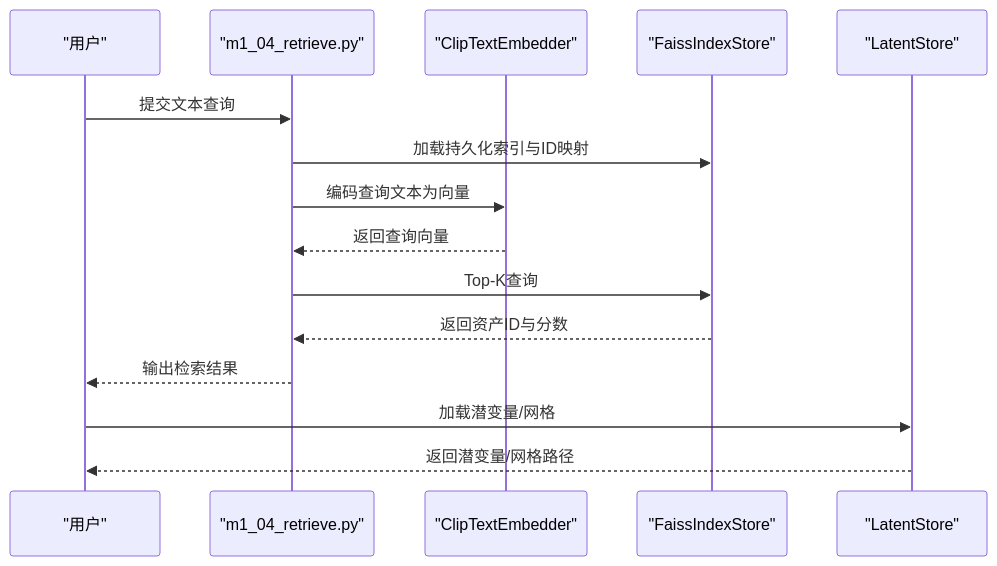
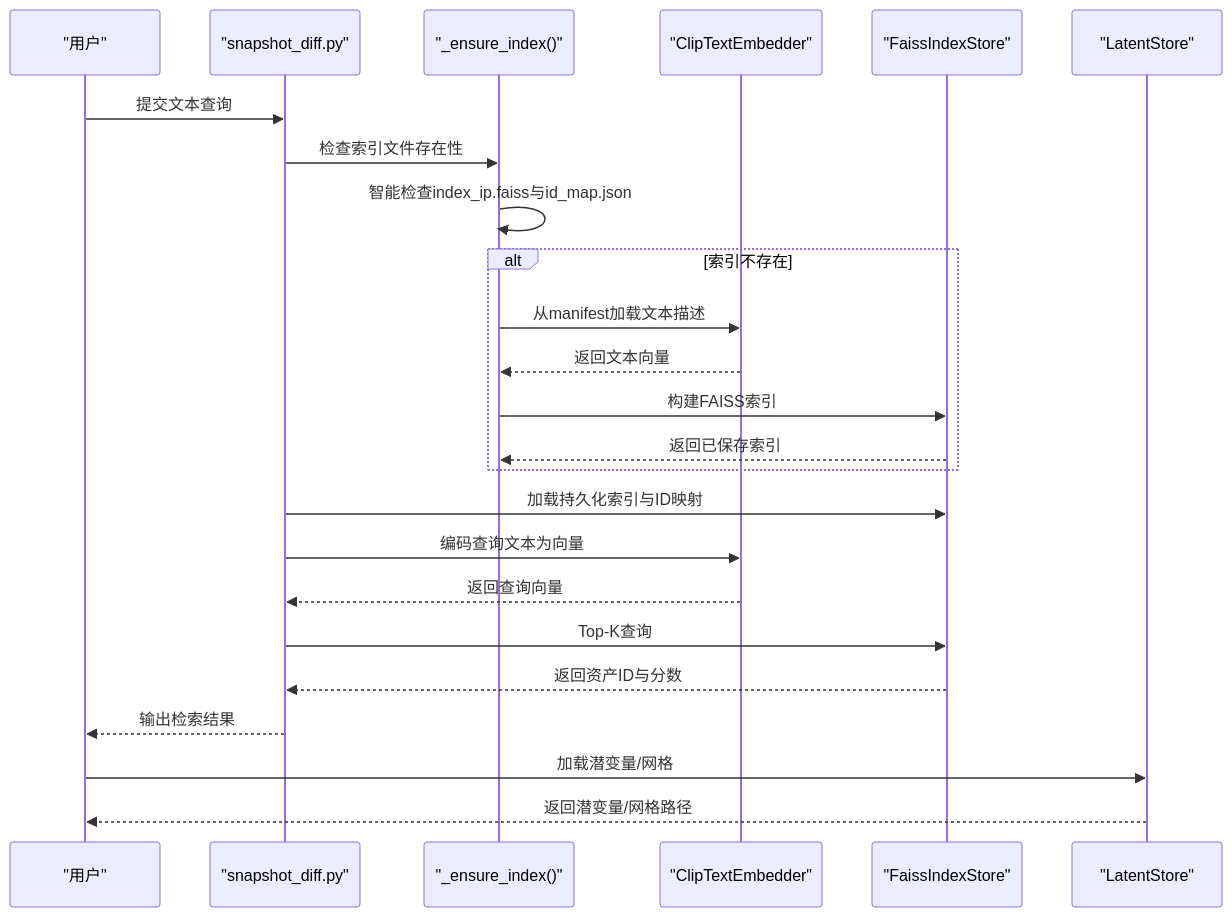
Before and after one commit to wsqstar/RoadGen3D: the second of 7 diagrams in .qoder/repowiki/zh/content/资产管理/资产检索系统.md, drawn with Mermaid. The commit also changed other lines of this file and 12 other files, not shown here.

````diff
--- a/.qoder/repowiki/zh/content/资产管理/资产检索系统.md
+++ b/.qoder/repowiki/zh/content/资产管理/资产检索系统.md
@@ -112,17 +135,26 @@
 ```mermaid
 sequenceDiagram
 participant U as "用户"
-participant S as "m1_04_retrieve.py"
+participant SD as "snapshot_diff.py"
+participant EI as "_ensure_index()"
 participant E as "ClipTextEmbedder"
 participant I as "FaissIndexStore"
 participant L as "LatentStore"
-U->>S : 提交文本查询
-S->>I : 加载持久化索引与ID映射
-S->>E : 编码查询文本为向量
-E-->>S : 返回查询向量
-S->>I : Top-K查询
-I-->>S : 返回资产ID与分数
-S-->>U : 输出检索结果
+U->>SD : 提交文本查询
+SD->>EI : 检查索引文件存在性
+EI->>EI : 智能检查index_ip.faiss与id_map.json
+alt 索引不存在
+EI->>E : 从manifest加载文本描述
+E-->>EI : 返回文本向量
+EI->>I : 构建FAISS索引
+I-->>EI : 返回已保存索引
+end
+SD->>I : 加载持久化索引与ID映射
+SD->>E : 编码查询文本为向量
+E-->>SD : 返回查询向量
+SD->>I : Top-K查询
+I-->>SD : 返回资产ID与分数
+SD-->>U : 输出检索结果
 U->>L : 加载潜变量/网格
 L-->>U : 返回潜变量/网格路径
 ```
````
